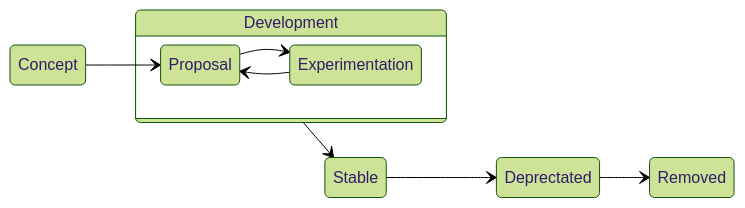
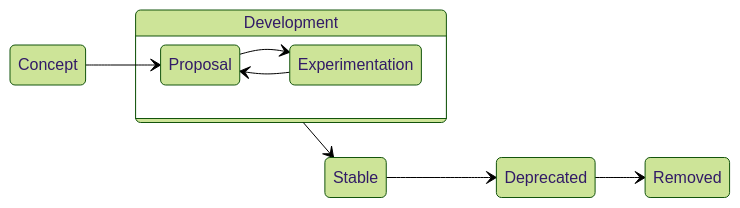
Before and after one commit to json-schema-org/json-schema-spec: the diagram in PROCESS.md, drawn with Mermaid (forest theme). The commit also changed 4 other files, not shown here.

````diff
--- a/PROCESS.md
+++ b/PROCESS.md
@@ -128,12 +128,12 @@
 ```mermaid
 stateDiagram-v2 
   direction LR
   Concept --> Proposal
   state Development {
     Proposal --> Experimentation
     Experimentation --> Proposal
   }
   Development --> Stable
-  Stable --> Deprectated
-  Deprectated --> Removed
+  Stable --> Deprecated
+  Deprecated --> Removed
 ```
````
